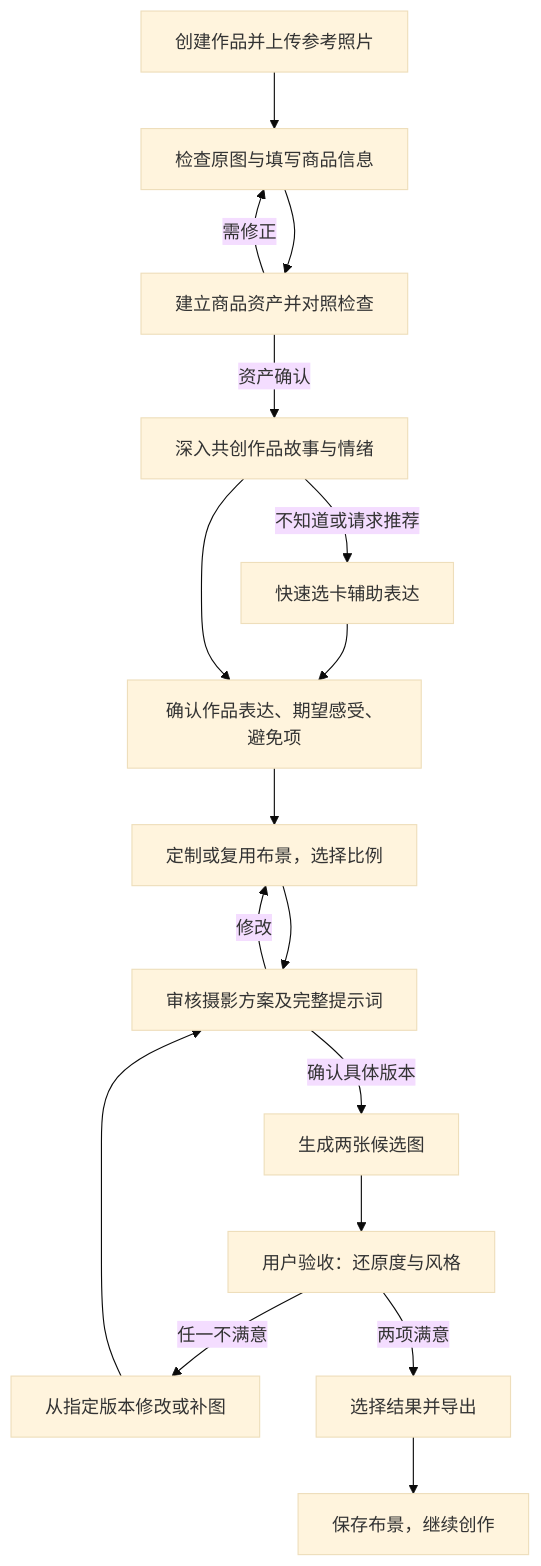
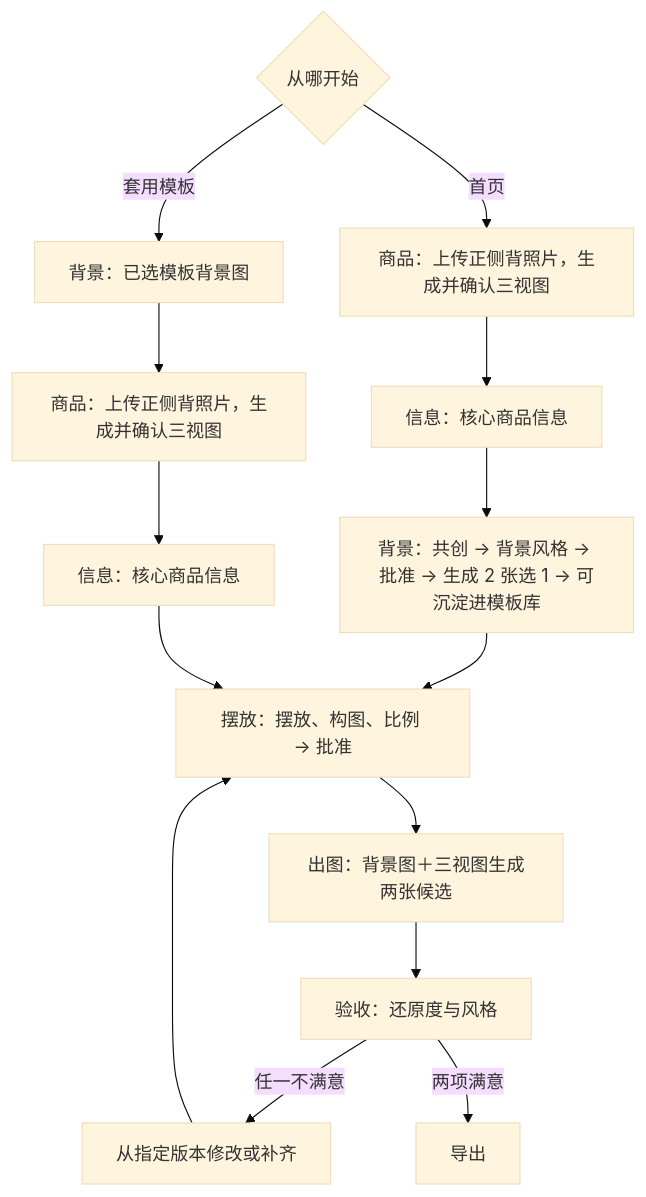
Before and after one commit to Fuuuuu24/handmade-ai-studio: the diagram in docs/PRD.md, drawn with Mermaid (base theme). The commit also changed other lines of this file and 322 other files, not shown here.

First line of the commit message:
Docs: PRD v0.6 (three views, backdrop + composite, two flows) and cleanup

````diff
--- a/docs/PRD.md
+++ b/docs/PRD.md
@@ -125,19 +138,16 @@
 ```mermaid
 flowchart TD
-  A[创建作品并上传参考照片] --> B[检查原图与填写商品信息]
-  B --> C[建立商品资产并对照检查]
-  C -->|需修正| B
-  C -->|资产确认| D[深入共创作品故事与情绪]
-  D -->|不知道或请求推荐| E[快速选卡辅助表达]
-  E --> F[确认作品表达、期望感受、避免项]
-  D --> F
-  F --> G[定制或复用布景，选择比例]
-  G --> H[审核摄影方案及完整提示词]
-  H -->|修改| G
-  H -->|确认具体版本| I[生成两张候选图]
-  I --> J[用户验收：还原度与风格]
-  J -->|任一不满意| K[从指定版本修改或补图]
-  K --> H
-  J -->|两项满意| L[选择结果并导出]
-  L --> M[保存布景，继续创作]
+  S{从哪开始} -->|首页| A[商品：上传正侧背照片，生成并确认三视图]
+  S -->|套用模板| T[背景：已选模板背景图]
+  A --> B[信息：核心商品信息]
+  B --> C[背景：共创 → 背景风格 → 批准 → 生成 2 张选 1 → 可沉淀进模板库]
+  T --> A2[商品：上传正侧背照片，生成并确认三视图]
+  A2 --> B2[信息：核心商品信息]
+  C --> D[摆放：摆放、构图、比例 → 批准]
+  B2 --> D
+  D --> E[出图：背景图＋三视图生成两张候选]
+  E --> F[验收：还原度与风格]
+  F -->|任一不满意| K[从指定版本修改或补齐]
+  K --> D
+  F -->|两项满意| L[导出]
 ```
````
